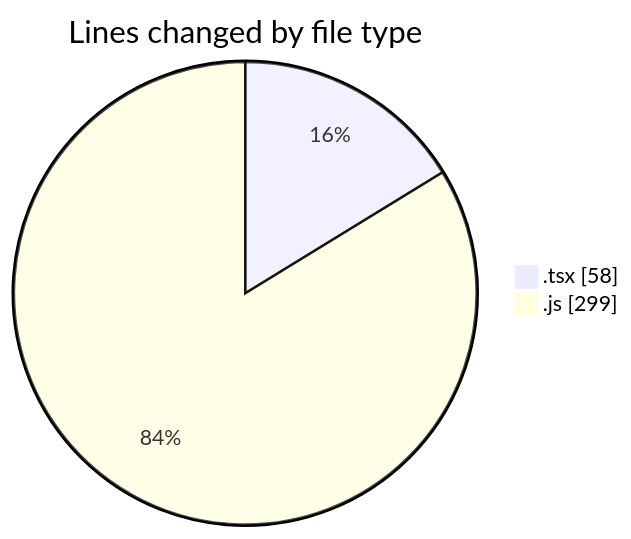
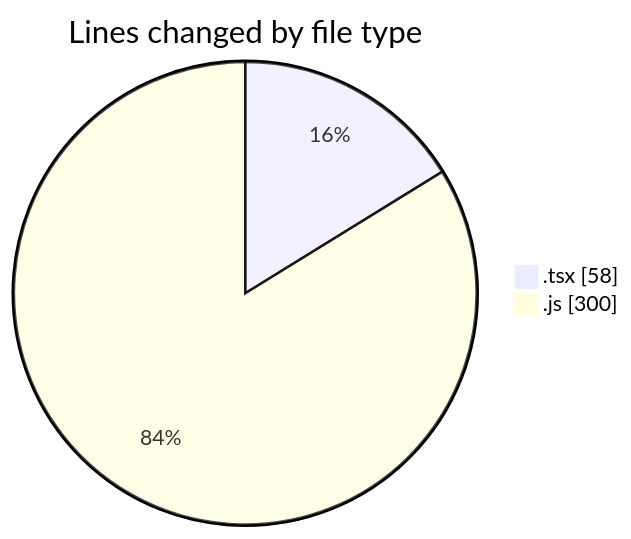
One commit to momahboobian/code-tracking changed the first of 2 diagrams in 2025-03-07/cda/README.md. Above: the diagram before and after it, drawn with Mermaid. The commit also changed other lines of this file and 1 other file, not shown here.

````diff
--- a/2025-03-07/cda/README.md
+++ b/2025-03-07/cda/README.md
@@ -22,6 +22,6 @@
 ```mermaid
 pie showData
 title Lines changed by file type
 ".tsx" : 58
-".js" : 299
+".js" : 300
 ```
````
